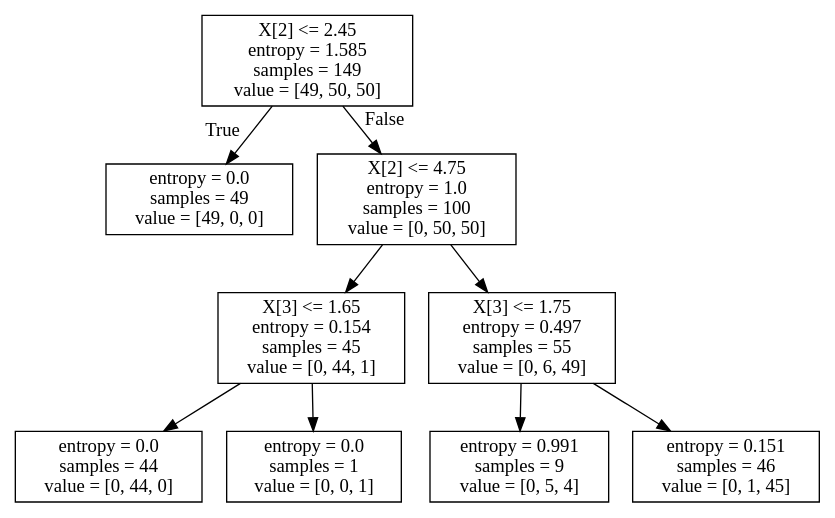
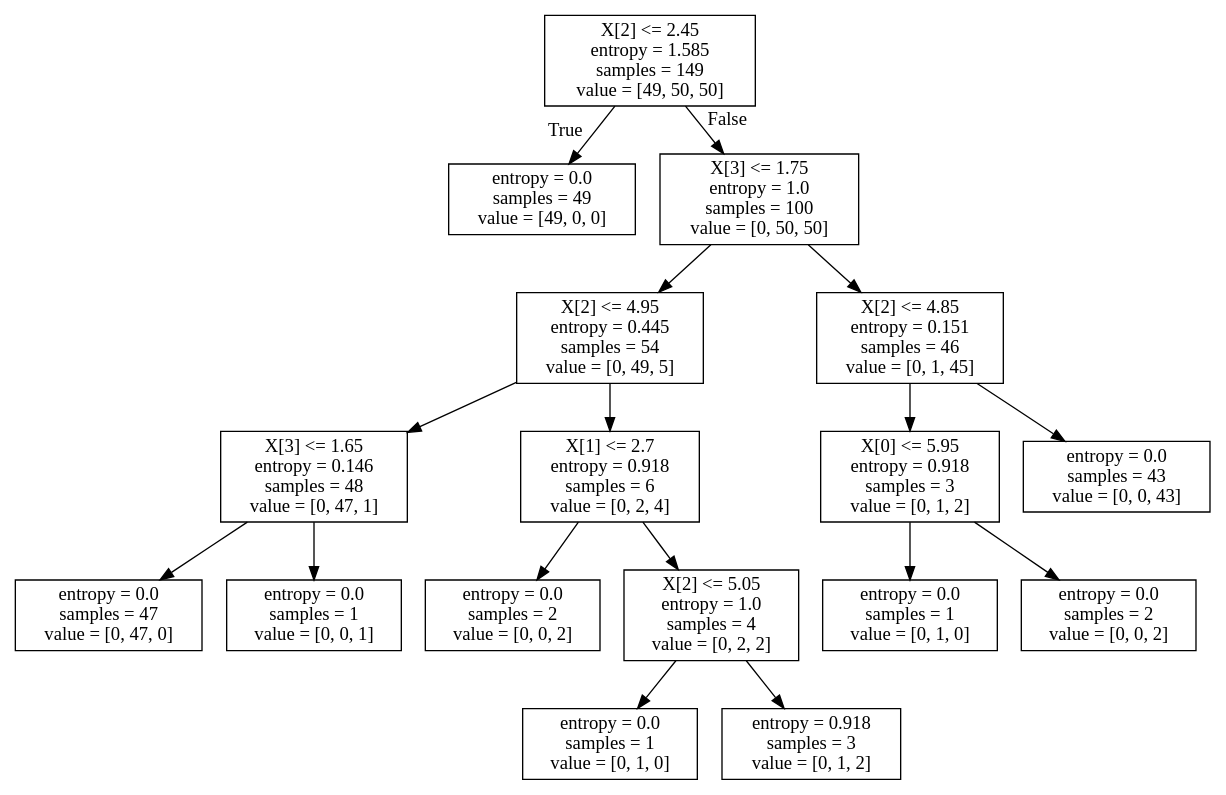
One commit to MechJM/MIEIC_IART changed the diagram in Supervised Learning/iris_dtc.dot. Above: the diagram before and after it, drawn with Graphviz. The commit also changed 8 other files, not shown here.

```diff
--- a/Supervised Learning/iris_dtc.dot
+++ b/Supervised Learning/iris_dtc.dot
@@ -1,20 +1,36 @@
 digraph Tree {
 node [shape=box] ;
 0 [label="X[2] <= 2.45\nentropy = 1.585\nsamples = 149\nvalue = [49, 50, 50]"] ;
 1 [label="entropy = 0.0\nsamples = 49\nvalue = [49, 0, 0]"] ;
 0 -> 1 [labeldistance=2.5, labelangle=45, headlabel="True"] ;
-2 [label="X[2] <= 4.75\nentropy = 1.0\nsamples = 100\nvalue = [0, 50, 50]"] ;
+2 [label="X[3] <= 1.75\nentropy = 1.0\nsamples = 100\nvalue = [0, 50, 50]"] ;
 0 -> 2 [labeldistance=2.5, labelangle=-45, headlabel="False"] ;
-3 [label="X[3] <= 1.65\nentropy = 0.154\nsamples = 45\nvalue = [0, 44, 1]"] ;
+3 [label="X[2] <= 4.95\nentropy = 0.445\nsamples = 54\nvalue = [0, 49, 5]"] ;
 2 -> 3 ;
-4 [label="entropy = 0.0\nsamples = 44\nvalue = [0, 44, 0]"] ;
+4 [label="X[3] <= 1.65\nentropy = 0.146\nsamples = 48\nvalue = [0, 47, 1]"] ;
 3 -> 4 ;
-5 [label="entropy = 0.0\nsamples = 1\nvalue = [0, 0, 1]"] ;
-3 -> 5 ;
-6 [label="X[3] <= 1.75\nentropy = 0.497\nsamples = 55\nvalue = [0, 6, 49]"] ;
-2 -> 6 ;
-7 [label="entropy = 0.991\nsamples = 9\nvalue = [0, 5, 4]"] ;
-6 -> 7 ;
-8 [label="entropy = 0.151\nsamples = 46\nvalue = [0, 1, 45]"] ;
-6 -> 8 ;
+5 [label="entropy = 0.0\nsamples = 47\nvalue = [0, 47, 0]"] ;
+4 -> 5 ;
+6 [label="entropy = 0.0\nsamples = 1\nvalue = [0, 0, 1]"] ;
+4 -> 6 ;
+7 [label="X[1] <= 2.7\nentropy = 0.918\nsamples = 6\nvalue = [0, 2, 4]"] ;
+3 -> 7 ;
+8 [label="entropy = 0.0\nsamples = 2\nvalue = [0, 0, 2]"] ;
+7 -> 8 ;
+9 [label="X[2] <= 5.05\nentropy = 1.0\nsamples = 4\nvalue = [0, 2, 2]"] ;
+7 -> 9 ;
+10 [label="entropy = 0.0\nsamples = 1\nvalue = [0, 1, 0]"] ;
+9 -> 10 ;
+11 [label="entropy = 0.918\nsamples = 3\nvalue = [0, 1, 2]"] ;
+9 -> 11 ;
+12 [label="X[2] <= 4.85\nentropy = 0.151\nsamples = 46\nvalue = [0, 1, 45]"] ;
+2 -> 12 ;
+13 [label="X[0] <= 5.95\nentropy = 0.918\nsamples = 3\nvalue = [0, 1, 2]"] ;
+12 -> 13 ;
+14 [label="entropy = 0.0\nsamples = 1\nvalue = [0, 1, 0]"] ;
+13 -> 14 ;
+15 [label="entropy = 0.0\nsamples = 2\nvalue = [0, 0, 2]"] ;
+13 -> 15 ;
+16 [label="entropy = 0.0\nsamples = 43\nvalue = [0, 0, 43]"] ;
+12 -> 16 ;
 }
```
